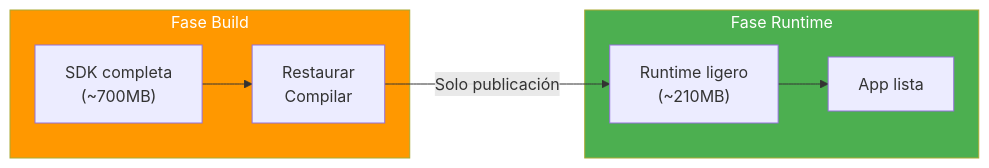
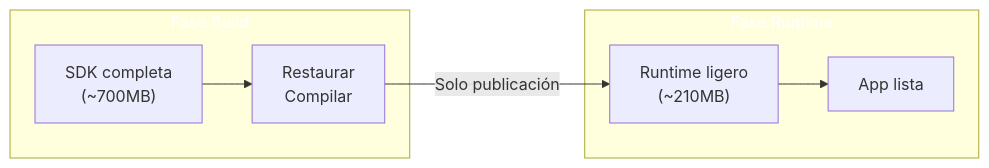
The second of 4 diagrams in 23-docker.md (joseluisgs/DesarrolloWebEntornosServidor-01-2026-2027), drawn with Mermaid before and after one commit. The commit also changed other lines of this file and 66 other files, not shown here.

First line of the commit message:
fix: normalizar titulos al castellano de frase y corregir la paleta de mermaid

````diff
--- a/23-docker.md
+++ b/23-docker.md
@@ -115,15 +115,15 @@
 ```mermaid
 graph LR
     subgraph BUILD["Fase Build"]
         A["SDK completa<br/>(~700MB)"] --> B["Restaurar<br/>Compilar"]
     end
 
     subgraph RUNTIME["Fase Runtime"]
         C["Runtime ligero<br/>(~210MB)"] --> D["App lista"]
     end
 
     B -->|"Solo publicación"| C
 
-    style BUILD fill:#FF9800,color:#fff
-    style RUNTIME fill:#4CAF50,color:#fff
+    style BUILD fill:#FF980,color:#fff0,color:#fff
+    style RUNTIME fill:#4CAF5,color:#fff0,color:#fff
 ```
````
